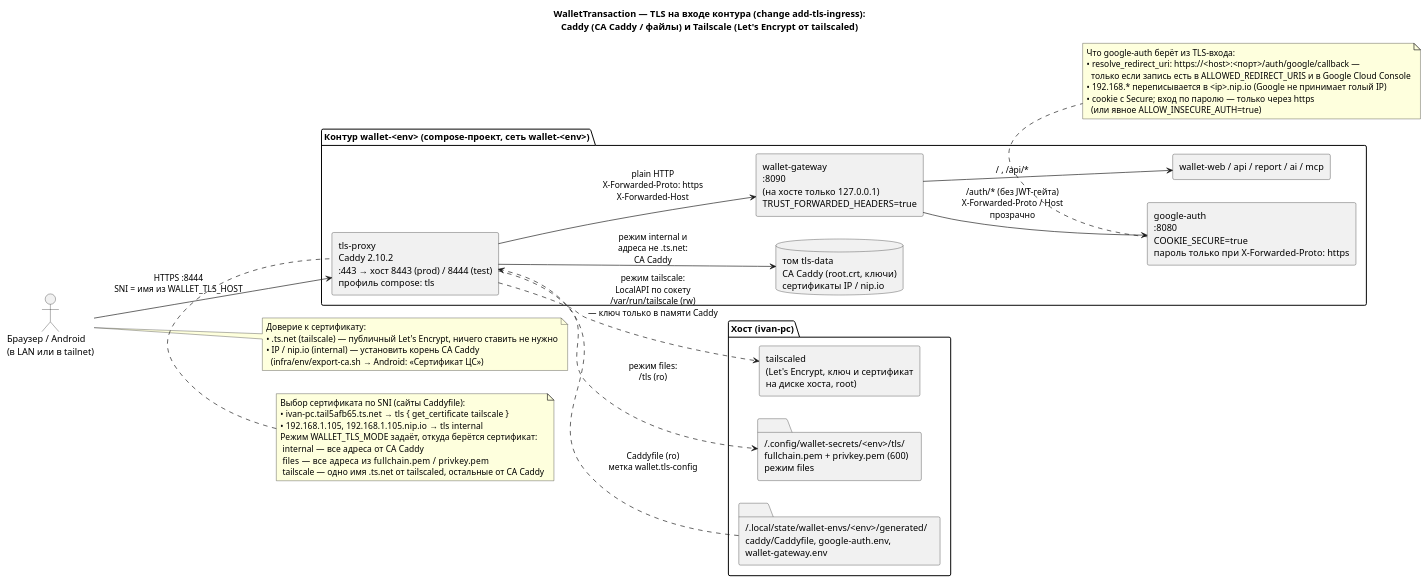
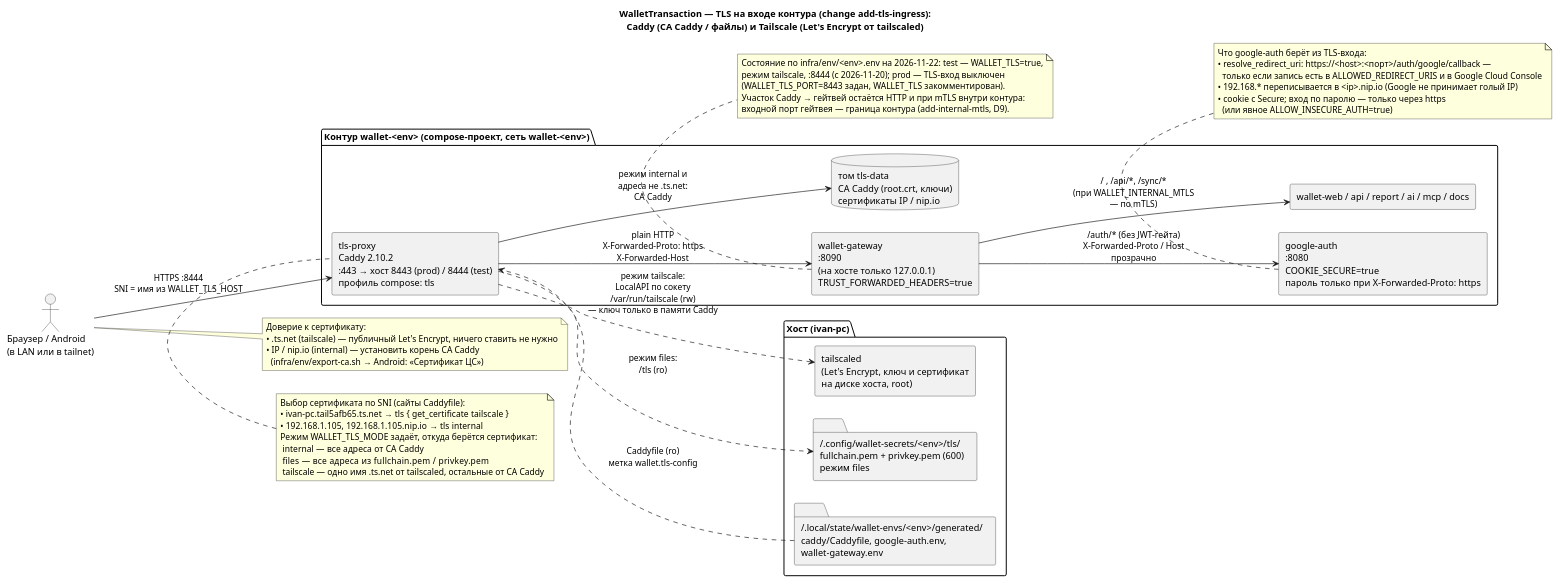
The diagram in infra/diagrams/tls-ingress-components.puml (WalletTransactions/wallet-infra), drawn with PlantUML before and after one commit. The commit also changed 14 other files, not shown here.

First line of the commit message:
Диаграммы: сверка со всеми текущими сервисами и изменениями OpenSpec (#97)

```diff
--- a/infra/diagrams/tls-ingress-components.puml
+++ b/infra/diagrams/tls-ingress-components.puml
@@ -1,61 +1,69 @@
 @startuml wallet-transaction-tls-ingress-components
 title WalletTransaction — TLS на входе контура (change add-tls-ingress):\nCaddy (CA Caddy / файлы) и Tailscale (Let's Encrypt от tailscaled)
 
 skinparam componentStyle rectangle
 skinparam maxMessageSize 200
 left to right direction
 
 actor "Браузер / Android\n(в LAN или в tailnet)" as CLIENT
 
 package "Хост (ivan-pc)" {
   component "tailscaled\n(Let's Encrypt, ключ и сертификат\nна диске хоста, root)" as TSD
   folder "~/.config/wallet-secrets/<env>/tls/\nfullchain.pem + privkey.pem (600)\nрежим files" as FILES
   folder "~/.local/state/wallet-envs/<env>/generated/\ncaddy/Caddyfile, google-auth.env,\nwallet-gateway.env" as GEN
 }
 
 package "Контур wallet-<env> (compose-проект, сеть wallet-<env>)" {
   component "tls-proxy\nCaddy 2.10.2\n:443 → хост 8443 (prod) / 8444 (test)\nпрофиль compose: tls" as CADDY
   database "том tls-data\nCA Caddy (root.crt, ключи)\nсертификаты IP / nip.io" as TLSDATA
   component "wallet-gateway\n:8090\n(на хосте только 127.0.0.1)\nTRUST_FORWARDED_HEADERS=true" as GW
   component "google-auth\n:8080\nCOOKIE_SECURE=true\nпароль только при X-Forwarded-Proto: https" as AUTH
-  component "wallet-web / api / report / ai / mcp" as REST
+  component "wallet-web / api / report / ai / mcp / docs" as REST
 }
 
 CLIENT --> CADDY : "HTTPS :8444\nSNI = имя из WALLET_TLS_HOST"
 
 note top of CADDY
   Выбор сертификата по SNI (сайты Caddyfile):
   • ivan-pc.tail5afb65.ts.net  →  tls { get_certificate tailscale }
   • 192.168.1.105, 192.168.1.105.nip.io  →  tls internal
   Режим WALLET_TLS_MODE задаёт, откуда берётся сертификат:
    internal  — все адреса от CA Caddy
    files     — все адреса из fullchain.pem / privkey.pem
    tailscale — одно имя .ts.net от tailscaled, остальные от CA Caddy
 end note
 
 CADDY ..> TSD : "режим tailscale:\nLocalAPI по сокету\n/var/run/tailscale (rw)\n— ключ только в памяти Caddy"
 CADDY ..> FILES : "режим files:\n/tls (ro)"
 CADDY --> TLSDATA : "режим internal и\nадреса не .ts.net:\nCA Caddy"
 GEN ..> CADDY : "Caddyfile (ro)\nметка wallet.tls-config"
 
 CADDY --> GW : "plain HTTP\nX-Forwarded-Proto: https\nX-Forwarded-Host"
 GW --> AUTH : "/auth/* (без JWT-гейта)\nX-Forwarded-Proto / Host\nпрозрачно"
-GW --> REST : "/ , /api/*"
+GW --> REST : "/ , /api/*, /sync/*\n(при WALLET_INTERNAL_MTLS — по mTLS)"
 
 note bottom of AUTH
   Что google-auth берёт из TLS-входа:
   • resolve_redirect_uri: https://<host>:<порт>/auth/google/callback —
     только если запись есть в ALLOWED_REDIRECT_URIS и в Google Cloud Console
   • 192.168.* переписывается в <ip>.nip.io (Google не принимает голый IP)
   • cookie с Secure; вход по паролю — только через https
     (или явное ALLOW_INSECURE_AUTH=true)
 end note
 
+note bottom of GW
+  Состояние по infra/env/<env>.env на 2026-11-22: test — WALLET_TLS=true,
+  режим tailscale, :8444 (с 2026-11-20); prod — TLS-вход выключен
+  (WALLET_TLS_PORT=8443 задан, WALLET_TLS закомментирован).
+  Участок Caddy → гейтвей остаётся HTTP и при mTLS внутри контура:
+  входной порт гейтвея — граница контура (add-internal-mtls, D9).
+end note
+
 note right of CLIENT
   Доверие к сертификату:
   • .ts.net (tailscale) — публичный Let's Encrypt, ничего ставить не нужно
   • IP / nip.io (internal) — установить корень CA Caddy
     (infra/env/export-ca.sh → Android: «Сертификат ЦС»)
 end note
 
 @enduml
```
